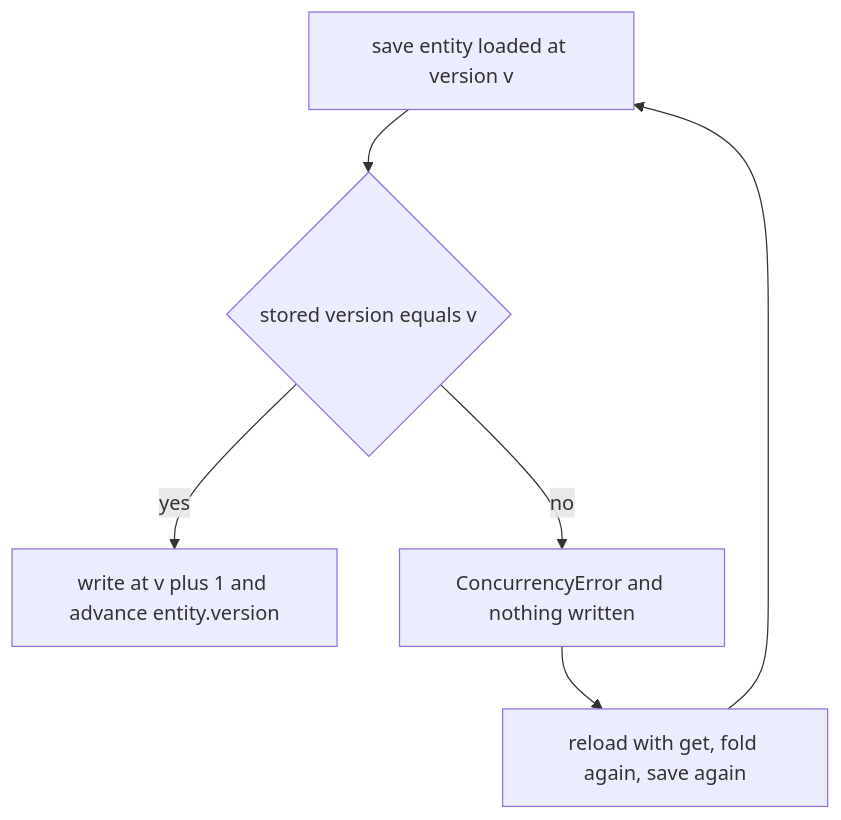
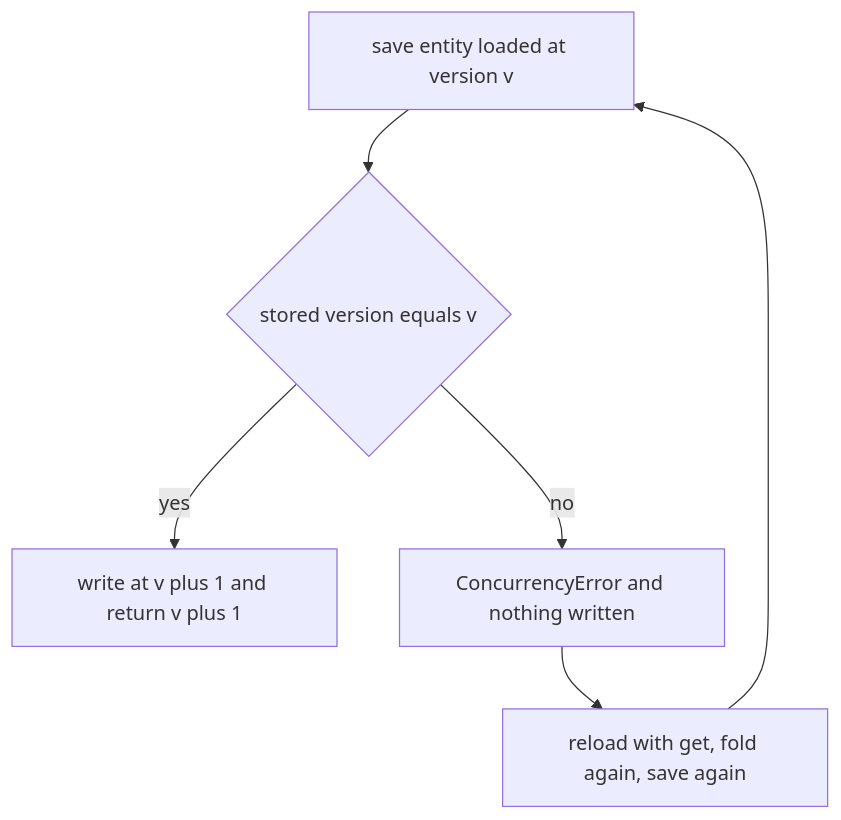
Before and after one commit to haskian/edax: the second of 4 diagrams in docs/sdk/projections.md, drawn with Mermaid. The commit also changed other lines of this file and 288 other files, not shown here.

````diff
--- a/docs/sdk/projections.md
+++ b/docs/sdk/projections.md
@@ -43,8 +47,8 @@
 ```mermaid
 flowchart TB
     A["save entity loaded at version v"] --> B{"stored version equals v"}
-    B -->|"yes"| C["write at v plus 1 and advance entity.version"]
+    B -->|"yes"| C["write at v plus 1 and return v plus 1"]
     B -->|"no"| D["ConcurrencyError and nothing written"]
     D --> E["reload with get, fold again, save again"]
     E --> A
 ```
````
